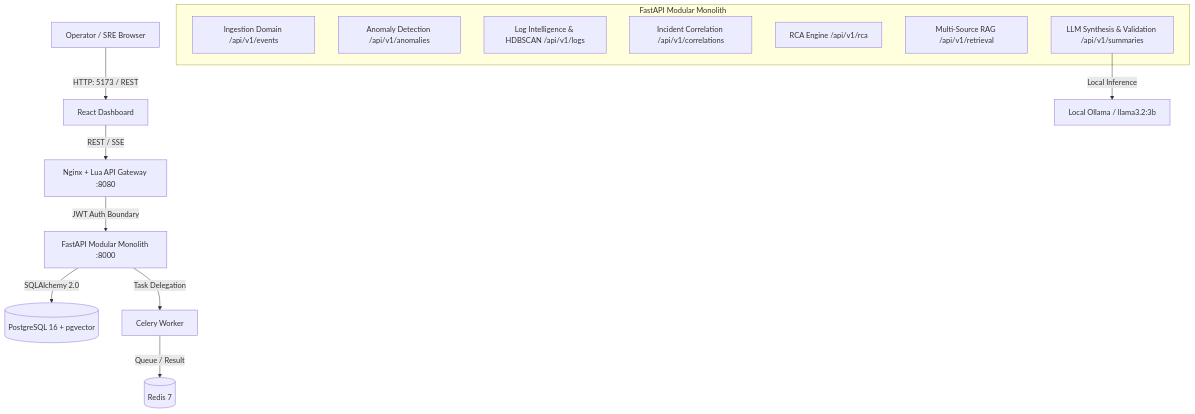
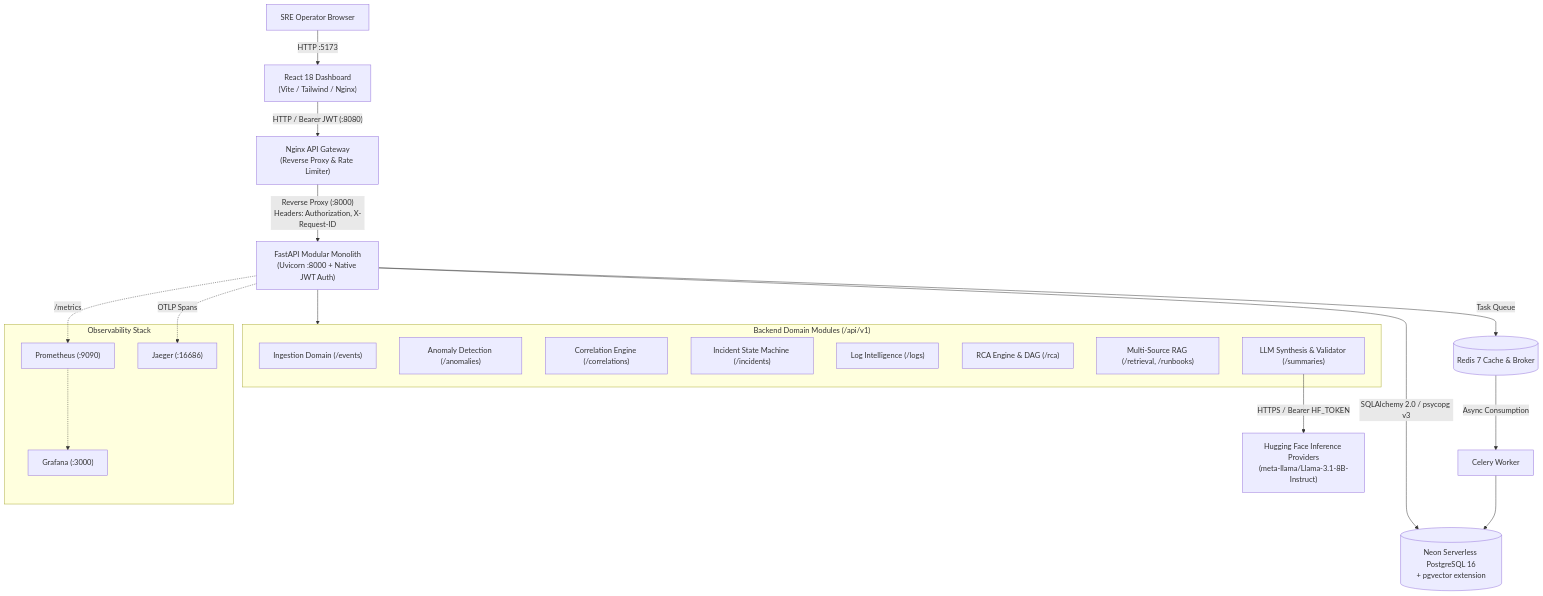
The diagram in README.md (priyanshu130018/Vermithor), drawn with Mermaid before and after one commit. The commit also changed other lines of this file and 209 other files, not shown here.

````diff
--- a/README.md
+++ b/README.md
@@ -24,21 +39,36 @@
 ```mermaid
 graph TD
-    Client[Operator / SRE Browser] -->|HTTP: 5173 / REST| Frontend[React Dashboard]
-    Frontend -->|REST / SSE| Gateway[Nginx + Lua API Gateway :8080]
-    Gateway -->|JWT Auth Boundary| Backend[FastAPI Modular Monolith :8000]
-    
-    subgraph FastAPI Modular Monolith
-        Ingestion[Ingestion Domain /api/v1/events]
-        Anomaly[Anomaly Detection /api/v1/anomalies]
-        Logs[Log Intelligence & HDBSCAN /api/v1/logs]
-        Correlation[Incident Correlation /api/v1/correlations]
-        RCA[RCA Engine /api/v1/rca]
-        Retrieval[Multi-Source RAG /api/v1/retrieval]
-        Summary[LLM Synthesis & Validation /api/v1/summaries]
+    Client["SRE Operator Browser"] -->|"HTTP :5173"| Frontend["React 18 Dashboard<br/>(Vite / Tailwind / Nginx)"]
+    Frontend -->|"HTTP / Bearer JWT (:8080)"| Gateway["Nginx API Gateway<br/>(Reverse Proxy & Rate Limiter)"]
+
+    Gateway -->|"Reverse Proxy (:8000)<br/>Headers: Authorization, X-Request-ID"| Backend["FastAPI Modular Monolith<br/>(Uvicorn :8000 + Native JWT Auth)"]
+
+    subgraph Modular_Monolith_Domains["Backend Domain Modules (/api/v1)"]
+        Ingestion["Ingestion Domain (/events)"]
+        Anomaly["Anomaly Detection (/anomalies)"]
+        Correlation["Correlation Engine (/correlations)"]
+        Incidents["Incident State Machine (/incidents)"]
+        LogIntel["Log Intelligence (/logs)"]
+        RCA["RCA Engine & DAG (/rca)"]
+        Retrieval["Multi-Source RAG (/retrieval, /runbooks)"]
+        Summary["LLM Synthesis & Validator (/summaries)"]
     end
 
-    Backend -->|SQLAlchemy 2.0| DB[(PostgreSQL 16 + pgvector)]
-    Backend -->|Task Delegation| Celery[Celery Worker]
-    Celery -->|Queue / Result| Redis[(Redis 7)]
-    Summary -->|Local Inference| Ollama[Local Ollama / llama3.2:3b]
+    Backend --> Modular_Monolith_Domains
+    Backend -->|"SQLAlchemy 2.0 / psycopg v3"| Neon[("Neon Serverless PostgreSQL 16<br/>+ pgvector extension")]
+    Backend -->|"Task Queue"| Redis[("Redis 7 Cache & Broker")]
+    Redis -->|"Async Consumption"| Worker["Celery Worker"]
+    Worker --> Neon
+
+    Summary -->|"HTTPS / Bearer HF_TOKEN"| HF["Hugging Face Inference Providers<br/>(meta-llama/Llama-3.1-8B-Instruct)"]
+
+    subgraph Observability["Observability Stack"]
+        Prometheus["Prometheus (:9090)"]
+        Grafana["Grafana (:3000)"]
+        Jaeger["Jaeger (:16686)"]
+    end
+
+    Backend -.->|"/metrics"| Prometheus
+    Backend -.->|"OTLP Spans"| Jaeger
+    Prometheus -.-> Grafana
 ```
````
